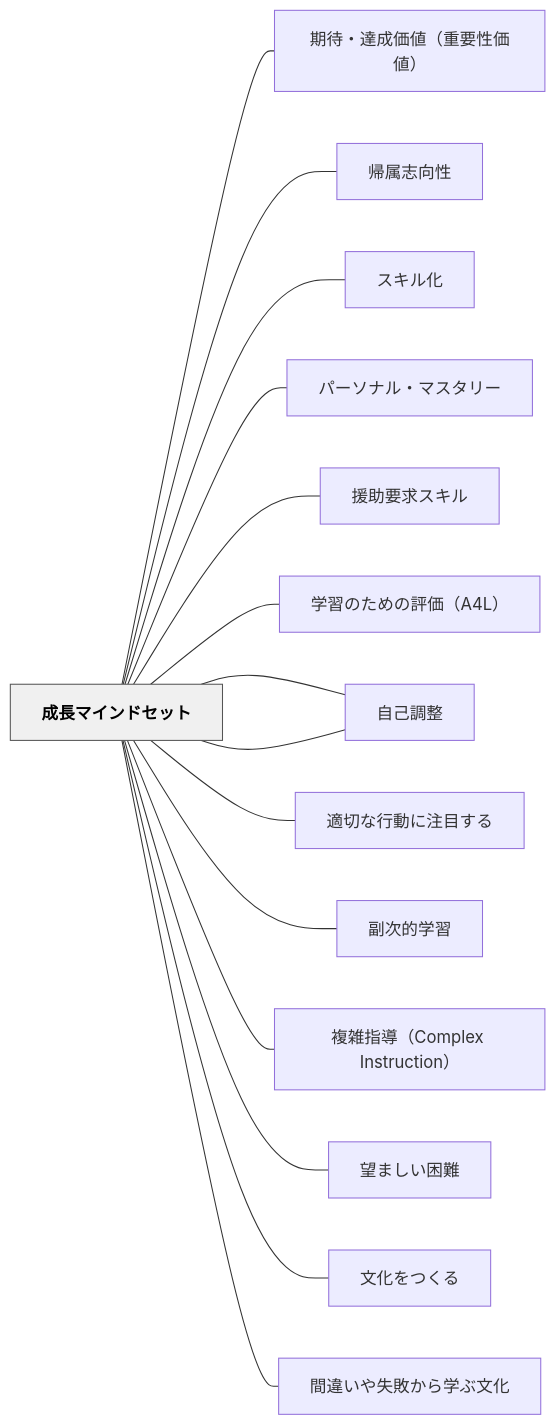
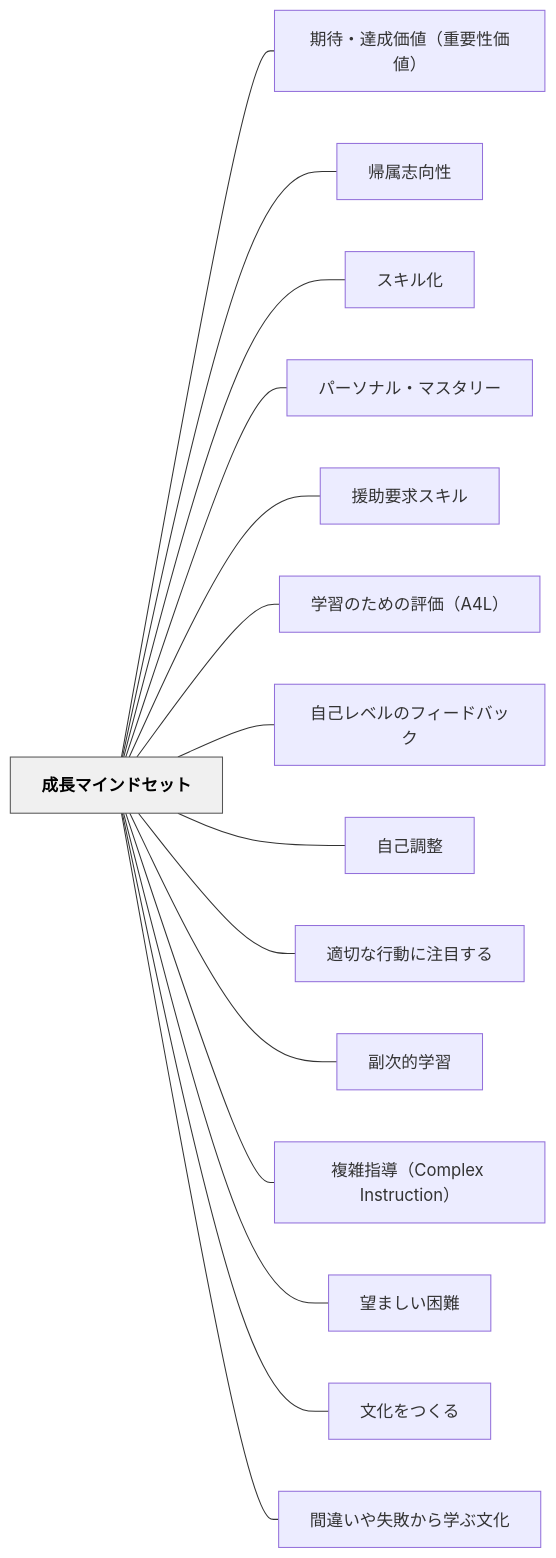
Before and after one commit to unknownthings-ed-patterns/unknownthings-ed-patterns: the diagram in content/パタン/成長マインドセット.md, drawn with Mermaid. The commit also changed 527 other files, not shown here.

````diff
--- a/content/パタン/成長マインドセット.md
+++ b/content/パタン/成長マインドセット.md
@@ -119,36 +119,36 @@
 ```mermaid
 flowchart LR
-    ne68890e995b7["成長マインドセット"]
-    ne69c9fe5be85["期待・達成価値（重要性価値）"]
-    ne5b8b0e5b19e["帰属志向性"]
-    ne382b9e382ad["スキル化"]
-    ne38391e383bc["パーソナル・マスタリー"]
-    ne68fb4e58aa9["援助要求スキル"]
-    ne5ada6e7bf92["学習のための評価（A4L）"]
-    ne887aae5b7b1["自己レベルのフィードバック"]
-    ne887aae5b7b1["自己調整"]
-    ne981a9e58887["適切な行動に注目する"]
-    ne589afe6aca1["副次的学習"]
-    ne8a487e99b91["複雑指導（Complex Instruction）"]
-    ne69c9be381be["望ましい困難"]
-    ne69687e58c96["文化をつくる"]
-    ne99693e98195["間違いや失敗から学ぶ文化"]
+    ne68890e995b7e3839ee382a4e383b3e38389e382bbe38383e38388["成長マインドセット"]
+    ne69c9fe5be85e383bbe98194e68890e4bea1e580a4efbc88e9878de8a681e680a7e4bea1e580a4efbc89["期待・達成価値（重要性価値）"]
+    ne5b8b0e5b19ee5bf97e59091e680a7["帰属志向性"]
+    ne382b9e382ade383abe58c96["スキル化"]
+    ne38391e383bce382bde3838ae383abe383bbe3839ee382b9e382bfe383aae383bc["パーソナル・マスタリー"]
+    ne68fb4e58aa9e8a681e6b182e382b9e382ade383ab["援助要求スキル"]
+    ne5ada6e7bf92e381aee3819fe38281e381aee8a995e4bea1efbc8841344cefbc89["学習のための評価（A4L）"]
+    ne887aae5b7b1e383ace38399e383abe381aee38395e382a3e383bce38389e38390e38383e382af["自己レベルのフィードバック"]
+    ne887aae5b7b1e8aabfe695b4["自己調整"]
+    ne981a9e58887e381aae8a18ce58b95e381abe6b3a8e79baee38199e3828b["適切な行動に注目する"]
+    ne589afe6aca1e79a84e5ada6e7bf92["副次的学習"]
+    ne8a487e99b91e68c87e5b08eefbc88436f6d706c657820496e737472756374696f6eefbc89["複雑指導（Complex Instruction）"]
+    ne69c9be381bee38197e38184e59bb0e99ba3["望ましい困難"]
+    ne69687e58c96e38292e381a4e3818fe3828b["文化をつくる"]
+    ne99693e98195e38184e38284e5a4b1e69597e3818be38289e5ada6e381b6e69687e58c96["間違いや失敗から学ぶ文化"]
 
-    ne68890e995b7 --- ne69c9fe5be85
-    ne68890e995b7 --- ne5b8b0e5b19e
-    ne68890e995b7 --- ne382b9e382ad
-    ne68890e995b7 --- ne38391e383bc
-    ne68890e995b7 --- ne68fb4e58aa9
-    ne68890e995b7 --- ne5ada6e7bf92
-    ne68890e995b7 --- ne887aae5b7b1
-    ne68890e995b7 --- ne887aae5b7b1
-    ne68890e995b7 --- ne981a9e58887
-    ne68890e995b7 --- ne589afe6aca1
-    ne68890e995b7 --- ne8a487e99b91
-    ne68890e995b7 --- ne69c9be381be
-    ne68890e995b7 --- ne69687e58c96
-    ne68890e995b7 --- ne99693e98195
+    ne68890e995b7e3839ee382a4e383b3e38389e382bbe38383e38388 --- ne69c9fe5be85e383bbe98194e68890e4bea1e580a4efbc88e9878de8a681e680a7e4bea1e580a4efbc89
+    ne68890e995b7e3839ee382a4e383b3e38389e382bbe38383e38388 --- ne5b8b0e5b19ee5bf97e59091e680a7
+    ne68890e995b7e3839ee382a4e383b3e38389e382bbe38383e38388 --- ne382b9e382ade383abe58c96
+    ne68890e995b7e3839ee382a4e383b3e38389e382bbe38383e38388 --- ne38391e383bce382bde3838ae383abe383bbe3839ee382b9e382bfe383aae383bc
+    ne68890e995b7e3839ee382a4e383b3e38389e382bbe38383e38388 --- ne68fb4e58aa9e8a681e6b182e382b9e382ade383ab
+    ne68890e995b7e3839ee382a4e383b3e38389e382bbe38383e38388 --- ne5ada6e7bf92e381aee3819fe38281e381aee8a995e4bea1efbc8841344cefbc89
+    ne68890e995b7e3839ee382a4e383b3e38389e382bbe38383e38388 --- ne887aae5b7b1e383ace38399e383abe381aee38395e382a3e383bce38389e38390e38383e382af
+    ne68890e995b7e3839ee382a4e383b3e38389e382bbe38383e38388 --- ne887aae5b7b1e8aabfe695b4
+    ne68890e995b7e3839ee382a4e383b3e38389e382bbe38383e38388 --- ne981a9e58887e381aae8a18ce58b95e381abe6b3a8e79baee38199e3828b
+    ne68890e995b7e3839ee382a4e383b3e38389e382bbe38383e38388 --- ne589afe6aca1e79a84e5ada6e7bf92
+    ne68890e995b7e3839ee382a4e383b3e38389e382bbe38383e38388 --- ne8a487e99b91e68c87e5b08eefbc88436f6d706c657820496e737472756374696f6eefbc89
+    ne68890e995b7e3839ee382a4e383b3e38389e382bbe38383e38388 --- ne69c9be381bee38197e38184e59bb0e99ba3
+    ne68890e995b7e3839ee382a4e383b3e38389e382bbe38383e38388 --- ne69687e58c96e38292e381a4e3818fe3828b
+    ne68890e995b7e3839ee382a4e383b3e38389e382bbe38383e38388 --- ne99693e98195e38184e38284e5a4b1e69597e3818be38289e5ada6e381b6e69687e58c96
 
     classDef hub fill:#f0f0f0,stroke:#555,color:#000,font-weight:bold
-    class ne68890e995b7 hub
+    class ne68890e995b7e3839ee382a4e383b3e38389e382bbe38383e38388 hub
 ```
````
